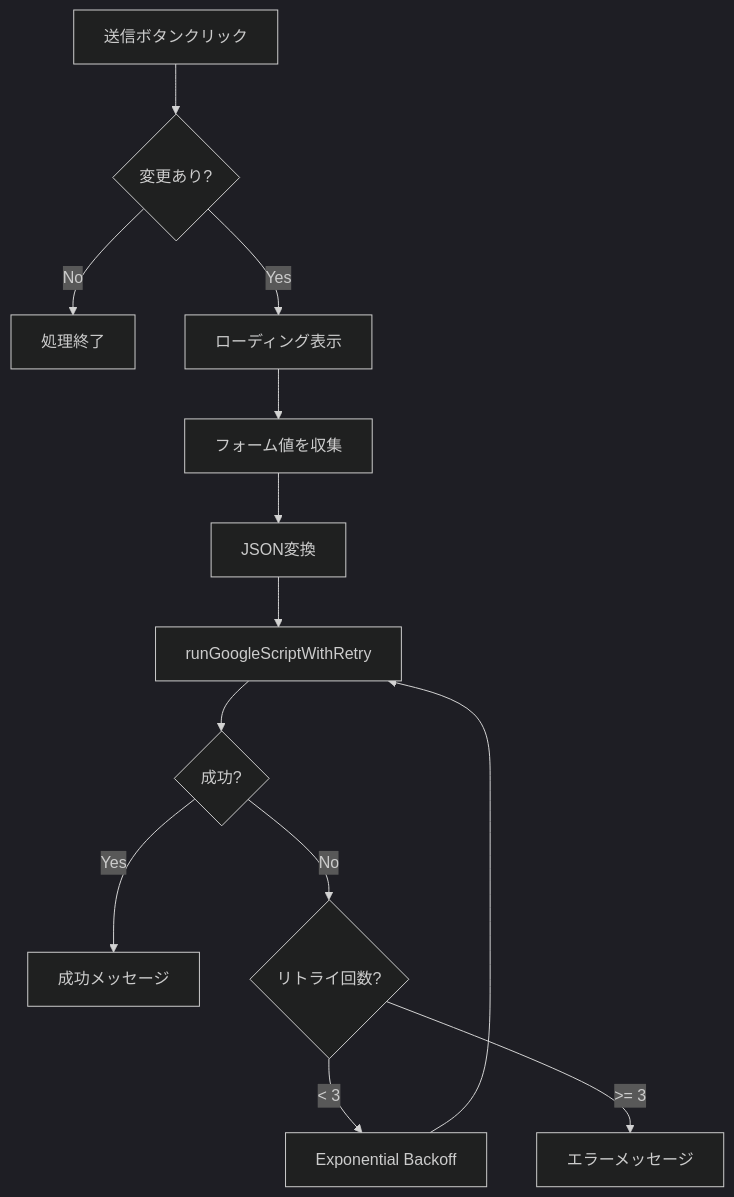
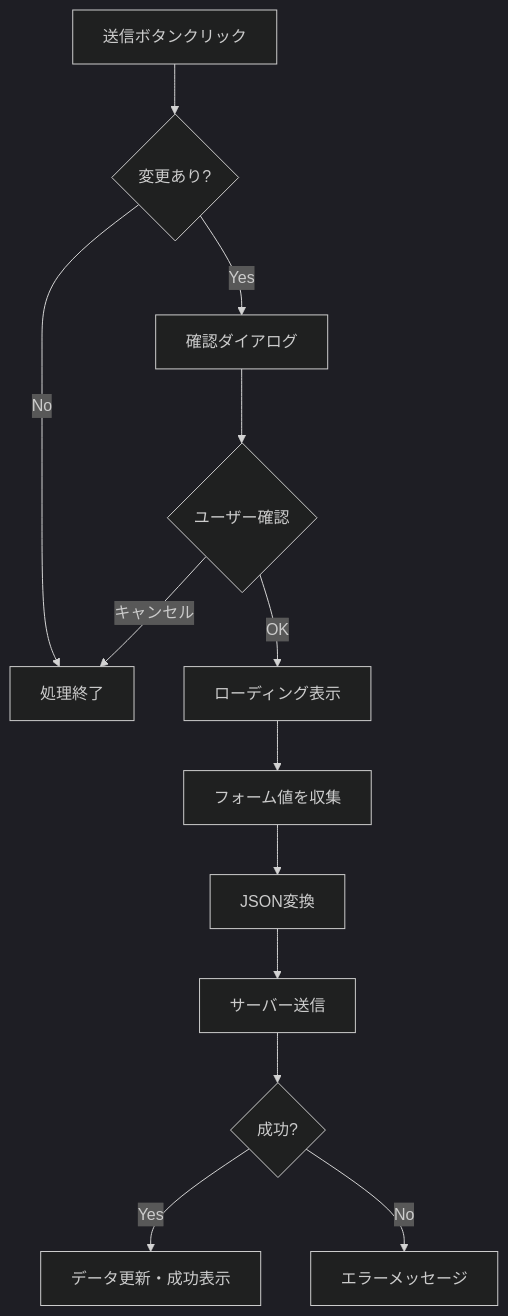
Before and after one commit to suzukishigeru4b/juken-survey-public: the sixth of 6 diagrams in PROGRAM_SPECIFICATION.md, drawn with Mermaid (dark theme). The commit also changed other lines of this file and 6 other files, not shown here.

````diff
--- a/PROGRAM_SPECIFICATION.md
+++ b/PROGRAM_SPECIFICATION.md
@@ -478,15 +452,15 @@
 ```mermaid
 flowchart TD
     A[送信ボタンクリック] --> B{変更あり?}
     B -->|No| C[処理終了]
-    B -->|Yes| D[ローディング表示]
-    D --> E[フォーム値を収集]
-    E --> F[JSON変換]
-    F --> G[runGoogleScriptWithRetry]
-    G --> H{成功?}
-    H -->|Yes| I[成功メッセージ]
-    H -->|No| J{リトライ回数?}
-    J -->|< 3| K[Exponential Backoff]
-    K --> G
-    J -->|>= 3| L[エラーメッセージ]
+    B -->|Yes| D[確認ダイアログ]
+    D --> E{ユーザー確認}
+    E -->|キャンセル| C
+    E -->|OK| F[ローディング表示]
+    F --> G[フォーム値を収集]
+    G --> H[JSON変換]
+    H --> I[サーバー送信]
+    I --> J{成功?}
+    J -->|Yes| K[データ更新・成功表示]
+    J -->|No| L[エラーメッセージ]
 ```
````
